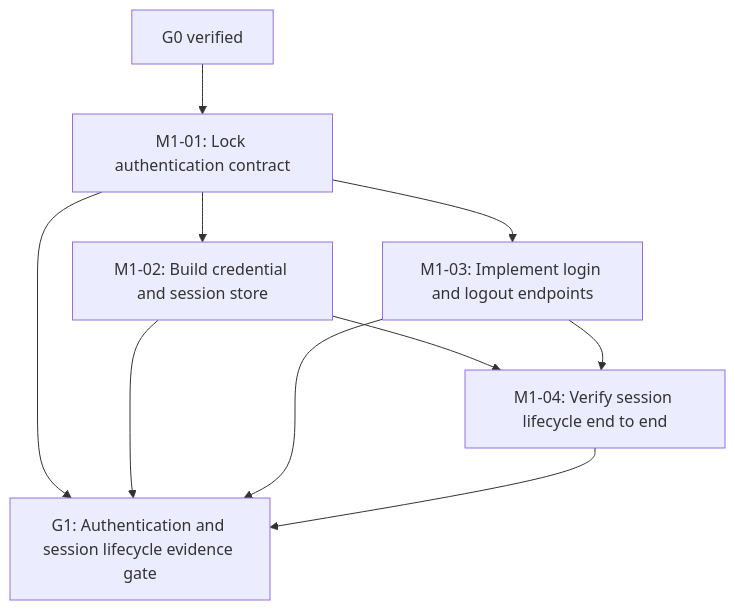
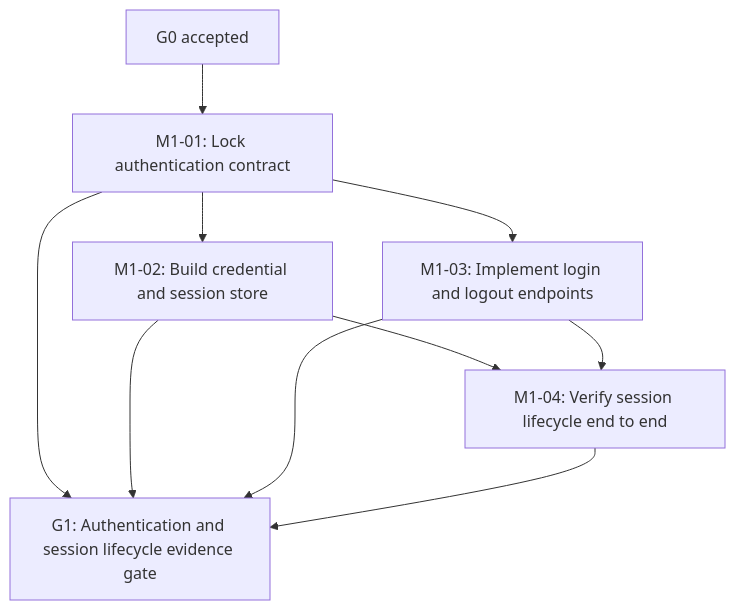
Before and after one commit to ekamal22/HarborOps-Enterprise-Maritime-Logistics-IT-Operations-Platform: the ninth of 32 diagrams in docs/EXECUTION_GRAPH.md, drawn with Mermaid. The commit also changed other lines of this file and 2 other files, not shown here.

````diff
--- a/docs/EXECUTION_GRAPH.md
+++ b/docs/EXECUTION_GRAPH.md
@@ -160,18 +254,18 @@
 ```mermaid
 flowchart TD
   M1_01["M1-01: Lock authentication contract"]
   M1_02["M1-02: Build credential and session store"]
   M1_03["M1-03: Implement login and logout endpoints"]
   M1_04["M1-04: Verify session lifecycle end to end"]
   G1["G1: Authentication and session lifecycle evidence gate"]
-  G0["G0 verified"]
+  G0["G0 accepted"]
   G0 --> M1_01
   M1_01 --> M1_02
   M1_01 --> M1_03
   M1_02 --> M1_04
   M1_03 --> M1_04
   M1_01 --> G1
   M1_02 --> G1
   M1_03 --> G1
   M1_04 --> G1
 ```
````
